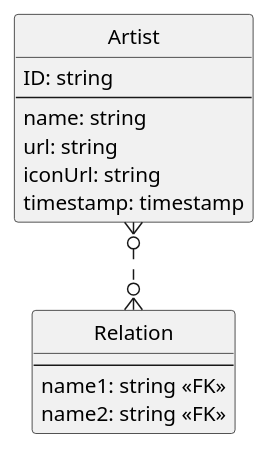
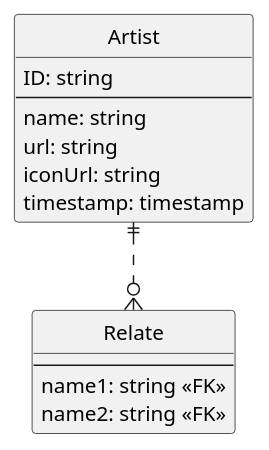
The diagram in database.pu (RY908/spotify_recommendation), drawn with PlantUML before and after one commit.

```diff
--- a/database.pu
+++ b/database.pu
@@ -1,21 +1,21 @@
 @startuml 
 
 hide circle
 
 entity "Artist" {
   ID: string
   --
   name: string
   url: string
   iconUrl: string
   timestamp: timestamp
 }
 
-entity "Relation" {
+entity "Relate" {
   --
   name1: string <<FK>>
   name2: string <<FK>>
 }
 
-Artist }o..o{ Relation
+Artist ||..o{ Relate
 @enduml
```
